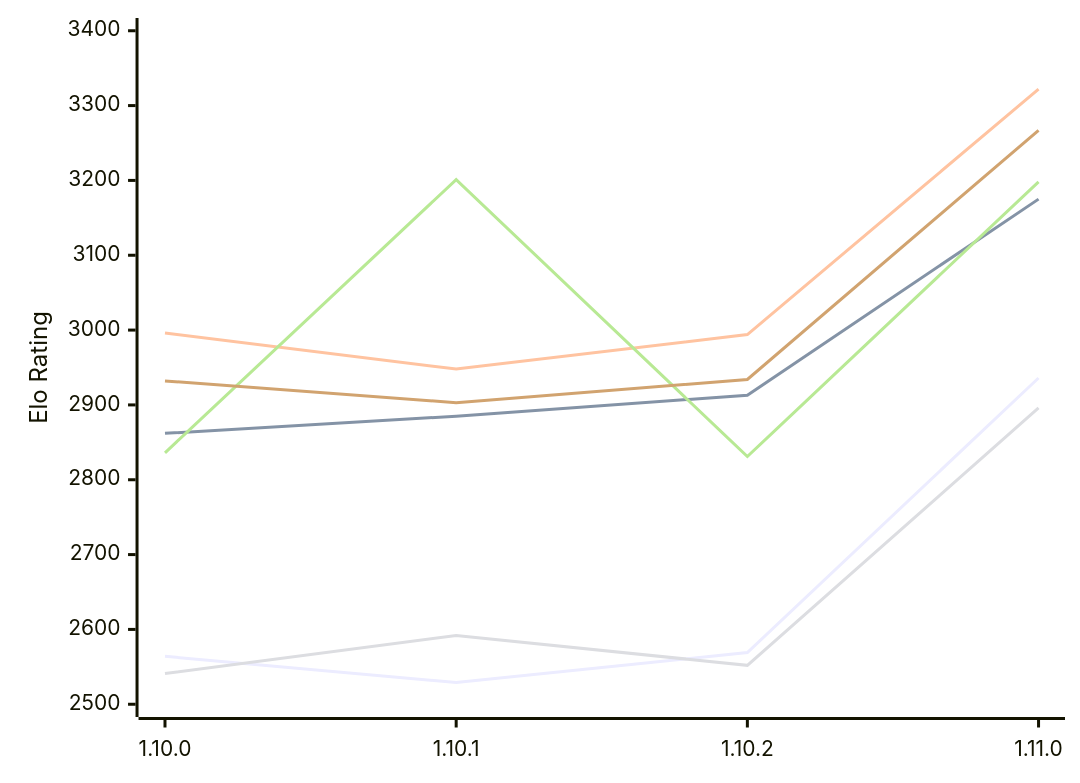
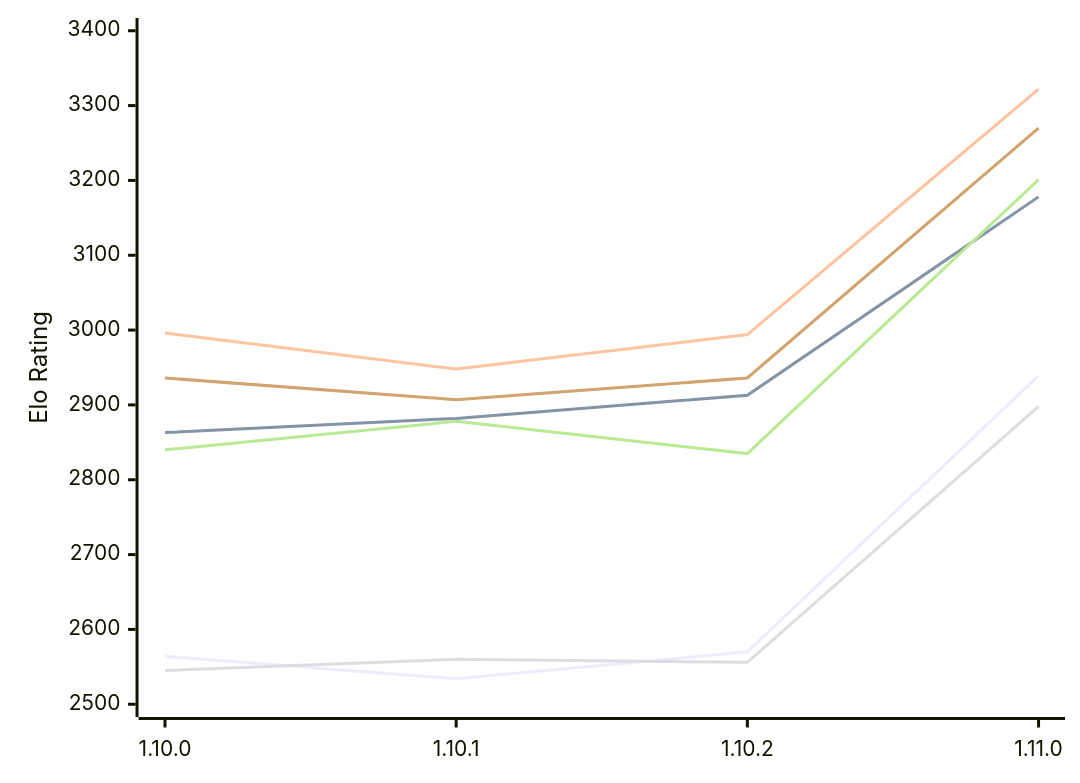
One commit to computer-chess-index/cci changed the first of 2 diagrams in engines/Basilisk.md. Above: the diagram before and after it, drawn with Mermaid. The commit also changed other lines of this file, not shown here.

Commit message:
Update CCI Ratings (ELO VLTC) - 2026-11-24

````diff
--- a/engines/Basilisk.md
+++ b/engines/Basilisk.md
@@ -65,12 +65,12 @@
 ```mermaid
 %%{init: {"theme":"base","themeVariables":{"seriesColors:['#a3a3a3','#222221','#faa371']}}}%%
 xychart-beta
   x-axis ["1.10.0", "1.10.1", "1.10.2", "1.11.0"]
   y-axis "Elo Rating" 2500 --> 3400
-  line "E1: STC (8.0+0.08s)" [2564, 2529, 2569, 2936]
-  line "E1: LTC (60.0+0.60s)" [2862, 2885, 2913, 3175]
+  line "E1: STC (8.0+0.08s)" [2564, 2534, 2570, 2939]
+  line "E1: LTC (60.0+0.60s)" [2863, 2882, 2913, 3178]
   line "E1: VLTC (2m24s+1.12s)" [2996, 2948, 2994, 3322]
-  line "P1: STC (8.0+0.08s)" [2541, 2592, 2552, 2896]
-  line "P1: LTC (60.0+0.60s)" [2836, 3201, 2831, 3198]
-  line "P1: VLTC (2m24s+1.12s)" [2932, 2903, 2934, 3267]
+  line "P1: STC (8.0+0.08s)" [2545, 2560, 2556, 2898]
+  line "P1: LTC (60.0+0.60s)" [2840, 2878, 2835, 3201]
+  line "P1: VLTC (2m24s+1.12s)" [2936, 2907, 2936, 3270]
 ```
````
